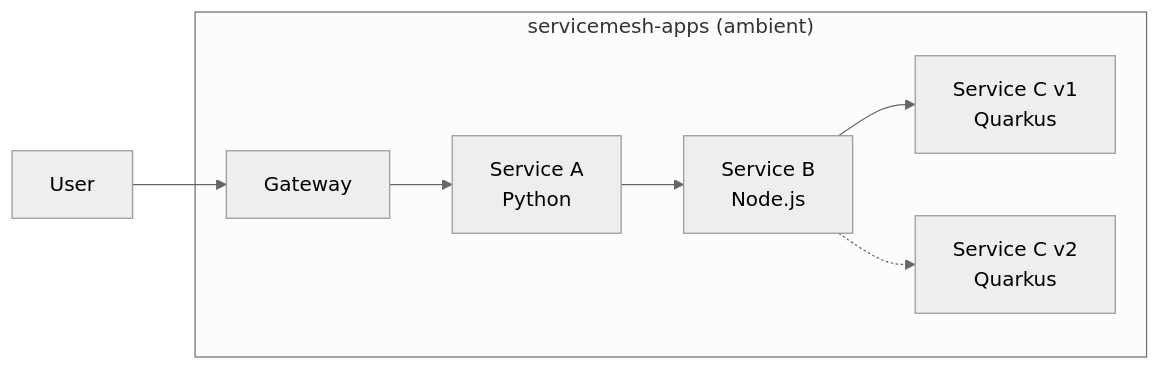
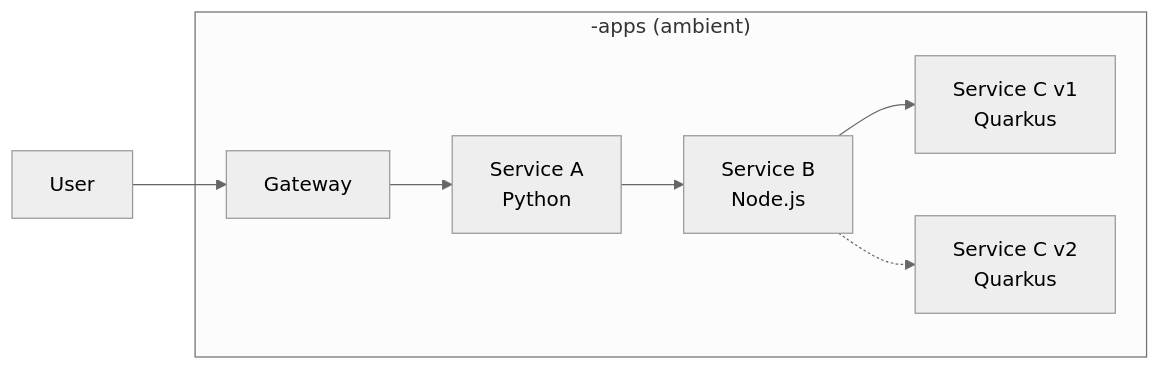
Before and after one commit to nikolaus-lemberski/openshift-servicemesh-ambient: the diagram in README.md, drawn with Mermaid (neutral theme). The commit also changed other lines of this file and 40 other files, not shown here.

````diff
--- a/README.md
+++ b/README.md
@@ -7,10 +7,10 @@
 ```mermaid
 graph LR
     User --> GW["Gateway"]
-    subgraph mesh["servicemesh-apps (ambient)"]
+    subgraph mesh["<user>-apps (ambient)"]
         GW --> A["Service A<br/>Python"]
         A --> B["Service B<br/>Node.js"]
         B --> C1["Service C v1<br/>Quarkus"]
         B -.-> C2["Service C v2<br/>Quarkus"]
     end
 ```
````
